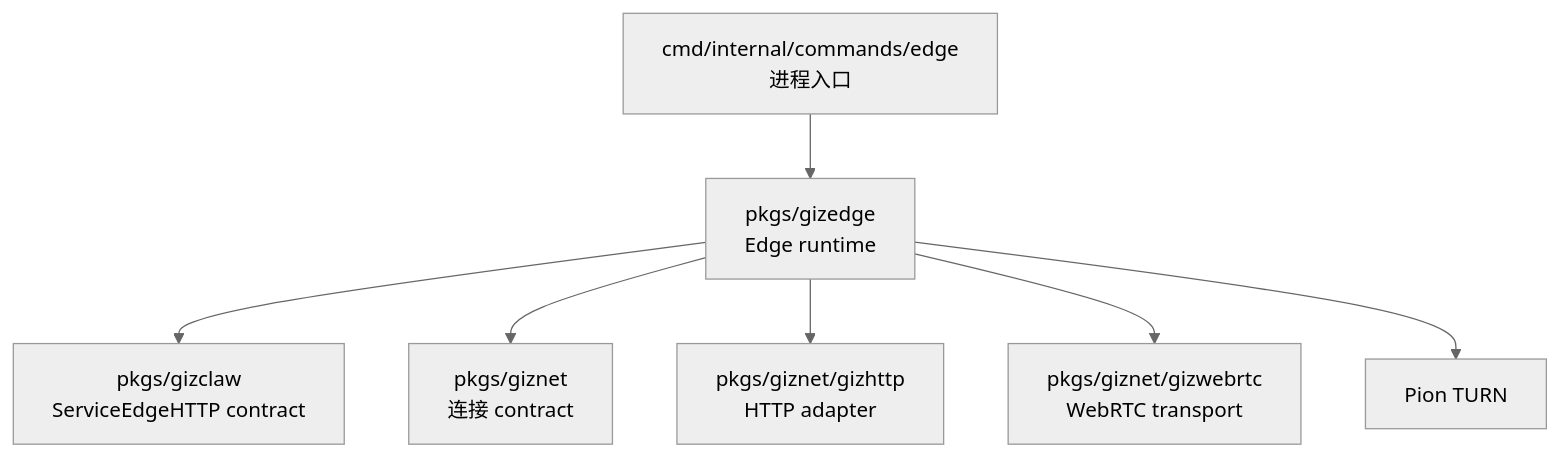
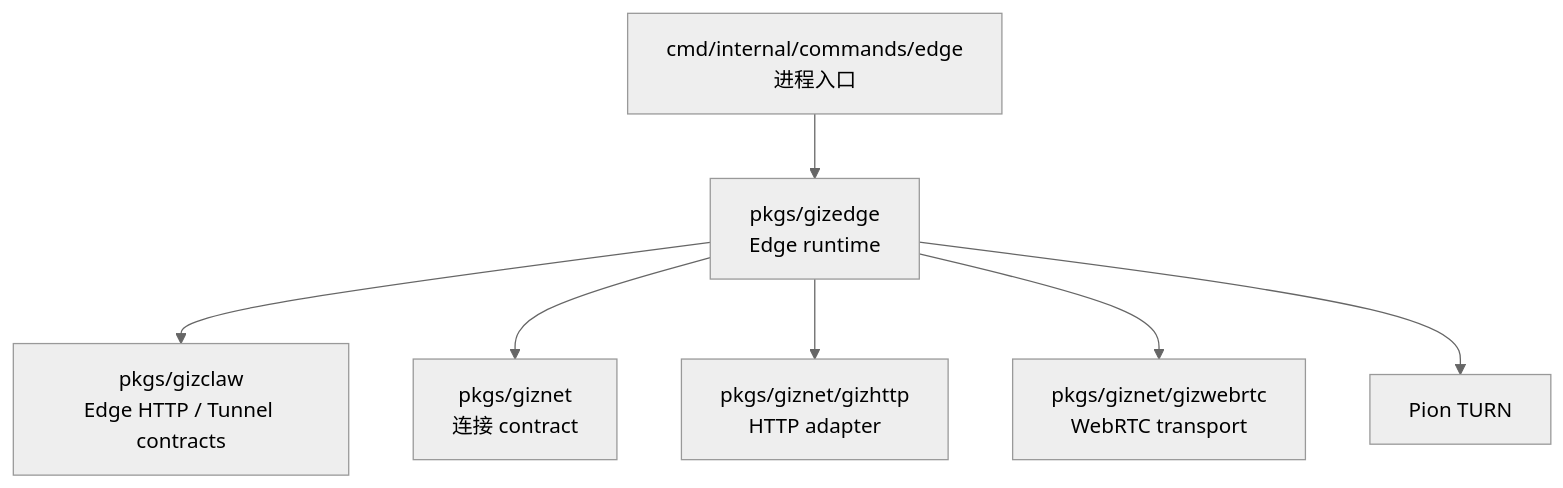
Before and after one commit to GizClaw/gizclaw: the second of 2 diagrams in guides/zh/developing/gizedge.md, drawn with Mermaid (neutral theme). The commit also changed other lines of this file and 52 other files, not shown here.

````diff
--- a/guides/zh/developing/gizedge.md
+++ b/guides/zh/developing/gizedge.md
@@ -98,9 +122,9 @@
 ```mermaid
 flowchart TB
     Command["cmd/internal/commands/edge<br/>进程入口"] --> GizEdge["pkgs/gizedge<br/>Edge runtime"]
-    GizEdge --> GizClaw["pkgs/gizclaw<br/>ServiceEdgeHTTP contract"]
+    GizEdge --> GizClaw["pkgs/gizclaw<br/>Edge HTTP / Tunnel contracts"]
     GizEdge --> Giznet["pkgs/giznet<br/>连接 contract"]
     GizEdge --> GizHTTP["pkgs/giznet/gizhttp<br/>HTTP adapter"]
     GizEdge --> GizWebRTC["pkgs/giznet/gizwebrtc<br/>WebRTC transport"]
     GizEdge --> TURN["Pion TURN"]
 ```
````
